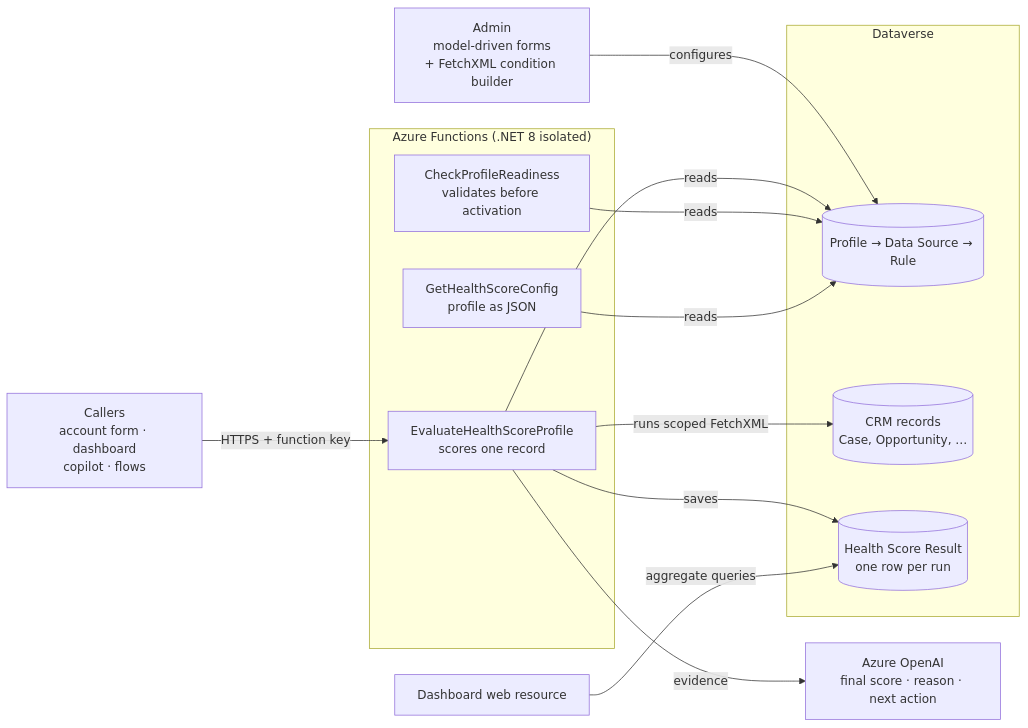
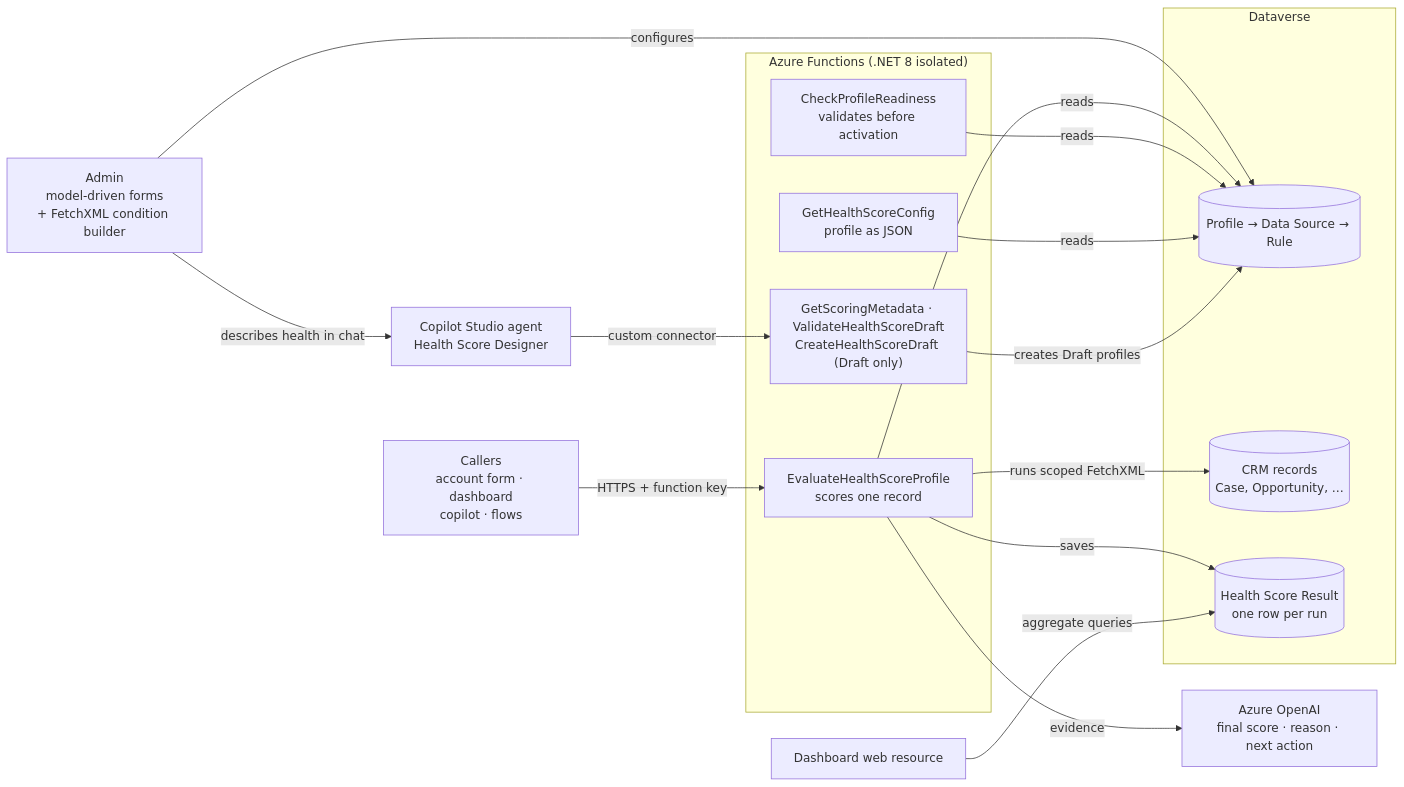
Before and after one commit to Carol-Purity/HealthScore_AI_agent: the diagram in README.md, drawn with Mermaid. The commit also changed other lines of this file and 22 other files, not shown here.

First line of the commit message:
Add Configure with AI: the Health Score Designer Copilot agent

````diff
--- a/README.md
+++ b/README.md
@@ -36,25 +37,29 @@
 ```mermaid
 flowchart LR
     Admin["Admin<br/>model-driven forms<br/>+ FetchXML condition builder"] -->|configures| Config
+    Admin -->|describes health in chat| Agent["Copilot Studio agent<br/>Health Score Designer"]
+    Agent -->|custom connector| Copilot
     Callers["Callers<br/>account form · dashboard<br/>copilot · flows"] -->|HTTPS + function key| Evaluate
 
     subgraph Azure["Azure Functions (.NET 8 isolated)"]
         Evaluate["EvaluateHealthScoreProfile<br/>scores one record"]
         Readiness["CheckProfileReadiness<br/>validates before activation"]
         GetConfig["GetHealthScoreConfig<br/>profile as JSON"]
+        Copilot["GetScoringMetadata · ValidateHealthScoreDraft<br/>CreateHealthScoreDraft (Draft only)"]
     end
 
     subgraph Dataverse["Dataverse"]
         Config[("Profile → Data Source → Rule")]
         CRM[("CRM records<br/>Case, Opportunity, …")]
         Results[("Health Score Result<br/>one row per run")]
     end
 
     Evaluate -->|reads| Config
     Evaluate -->|runs scoped FetchXML| CRM
     Evaluate -->|evidence| OpenAI["Azure OpenAI<br/>final score · reason · next action"]
     Evaluate -->|saves| Results
     Readiness -->|reads| Config
     GetConfig -->|reads| Config
+    Copilot -->|creates Draft profiles| Config
     Dashboard["Dashboard web resource"] -->|aggregate queries| Results
 ```
````
